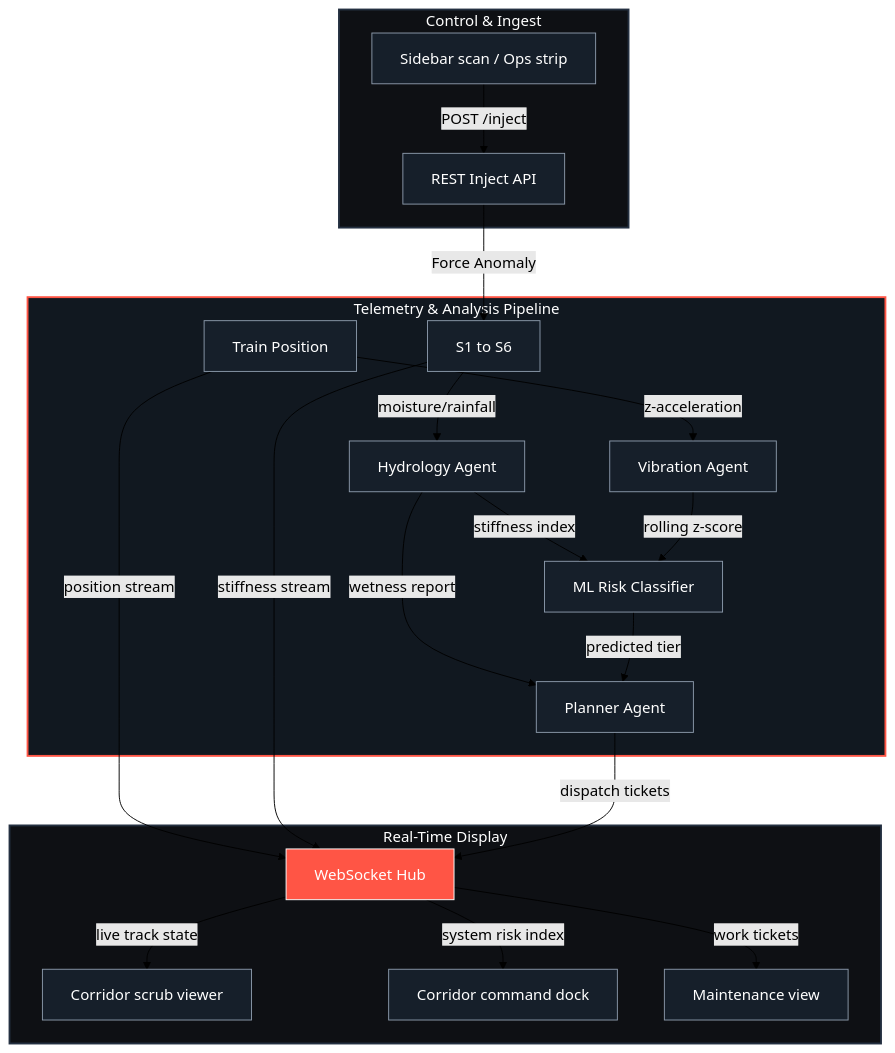
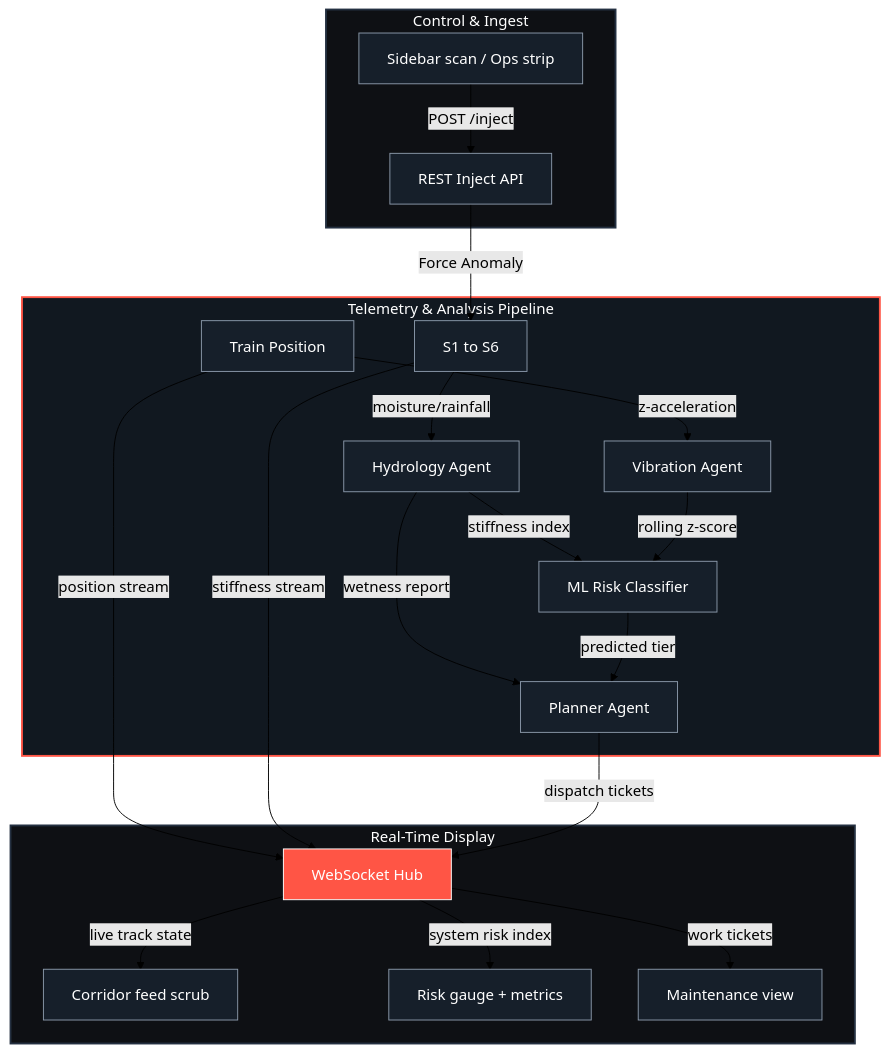
The diagram in README.md (Stormynubee/Bogieflow), drawn with Mermaid (forest theme) before and after one commit. The commit also changed other lines of this file and 11 other files, not shown here.

````diff
--- a/README.md
+++ b/README.md
@@ -120,51 +136,51 @@
 ```mermaid
 flowchart TD
     %% Subgraph 1: Control & Ingestion
     subgraph INGEST [Control & Ingest]
         Scan[Sidebar scan / Ops strip] -->|POST /inject| REST[REST Inject API]
     end
 
     %% Subgraph 2: Processing Pipeline
     subgraph PIPELINE [Telemetry & Analysis Pipeline]
         Train[Train Position] -->|z-acceleration| Vib[Vibration Agent]
         Segments[S1 to S6] -->|moisture/rainfall| Hydro[Hydrology Agent]
         
         Hydro -->|stiffness index| ML[ML Risk Classifier]
         Vib -->|rolling z-score| ML
         
         Hydro -->|wetness report| Plan[Planner Agent]
         ML -->|predicted tier| Plan
     end
 
     %% Subgraph 3: Real-Time Display
     subgraph DISPLAY [Real-Time Display]
         WS[WebSocket Hub]
-        WS -->|live track state| Scrub[Corridor scrub viewer]
-        WS -->|system risk index| Gauge[Corridor command dock]
+        WS -->|live track state| Scrub[Corridor feed scrub]
+        WS -->|system risk index| Gauge[Risk gauge + metrics]
         WS -->|work tickets| Maint[Maintenance view]
     end
 
     %% Cross-subgraph connections
     REST -->|Force Anomaly| Segments
     Train -->|position stream| WS
     Segments -->|stiffness stream| WS
     Plan -->|dispatch tickets| WS
 
     %% Styling
     style INGEST fill:#0e1014,stroke:#243041,stroke-width:2px,color:#ffffff
     style PIPELINE fill:#111820,stroke:#ff5545,stroke-width:2px,color:#ffffff
     style DISPLAY fill:#0e1014,stroke:#243041,stroke-width:2px,color:#ffffff
 
     style Scan fill:#161f2a,stroke:#8b99aa,color:#ffffff
     style REST fill:#161f2a,stroke:#8b99aa,color:#ffffff
     style Train fill:#161f2a,stroke:#8b99aa,color:#ffffff
     style Segments fill:#161f2a,stroke:#8b99aa,color:#ffffff
     style Hydro fill:#161f2a,stroke:#8b99aa,color:#ffffff
     style Vib fill:#161f2a,stroke:#8b99aa,color:#ffffff
     style ML fill:#161f2a,stroke:#8b99aa,color:#ffffff
     style Plan fill:#161f2a,stroke:#8b99aa,color:#ffffff
     style WS fill:#ff5545,stroke:#ffffff,color:#ffffff
     style Scrub fill:#161f2a,stroke:#8b99aa,color:#ffffff
     style Gauge fill:#161f2a,stroke:#8b99aa,color:#ffffff
     style Maint fill:#161f2a,stroke:#8b99aa,color:#ffffff
 ```
````
